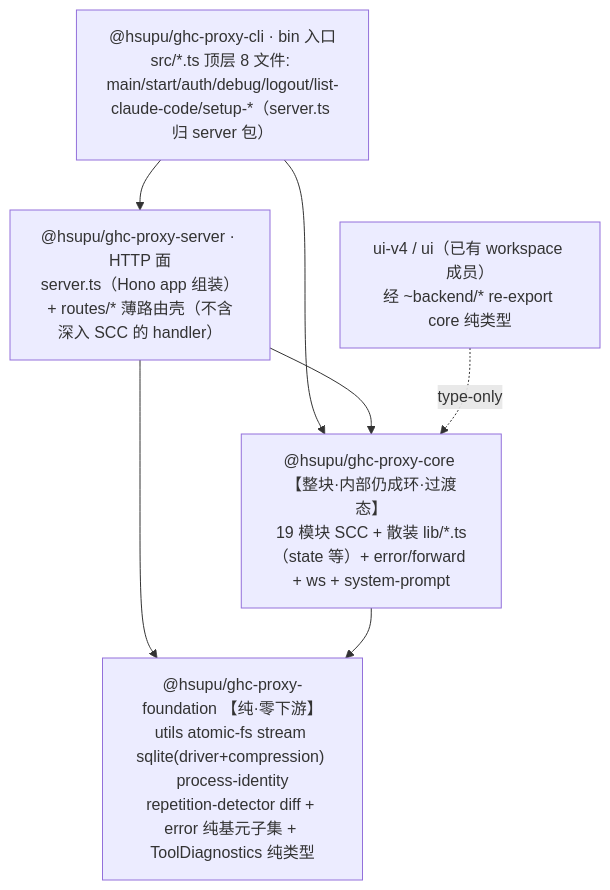
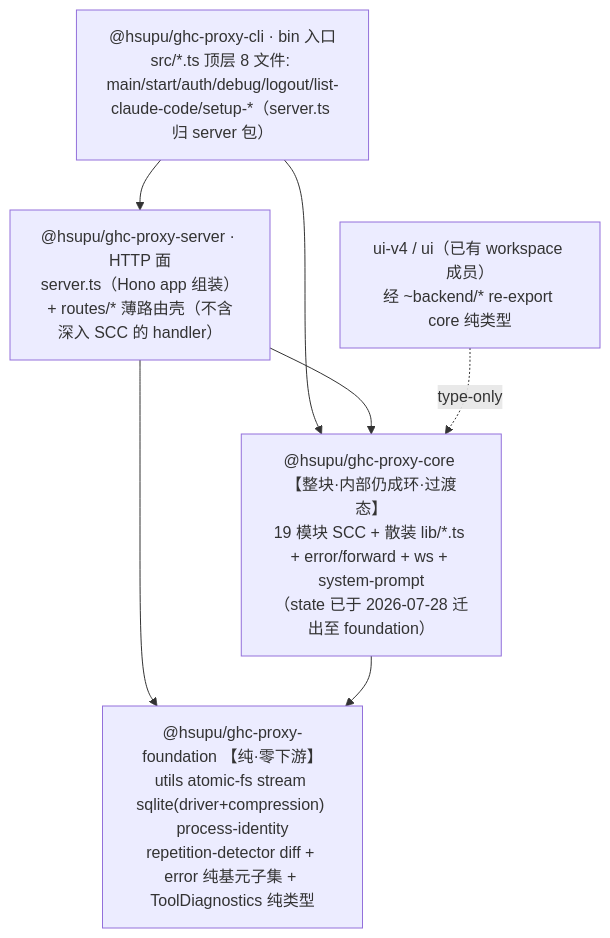
One commit to puxu-msft/copilot-api-js changed the diagram in docs/spec/2026-07-22-monorepo-workspace-split.md. Above: the diagram before and after it, drawn with Mermaid. The commit also changed other lines of this file and 5 other files, not shown here.

````diff
--- a/docs/spec/2026-07-22-monorepo-workspace-split.md
+++ b/docs/spec/2026-07-22-monorepo-workspace-split.md
@@ -50,15 +52,15 @@
 ```mermaid
 graph TD
     cli["@hsupu/ghc-proxy-cli · bin 入口<br/>src/*.ts 顶层 8 文件: main/start/auth/debug/logout/list-claude-code/setup-*（server.ts 归 server 包）"]
     server["@hsupu/ghc-proxy-server · HTTP 面<br/>server.ts（Hono app 组装）+ routes/* 薄路由壳（不含深入 SCC 的 handler）"]
-    core["@hsupu/ghc-proxy-core 【整块·内部仍成环·过渡态】<br/>19 模块 SCC + 散装 lib/*.ts（state 等）+ error/forward + ws + system-prompt"]
+    core["@hsupu/ghc-proxy-core 【整块·内部仍成环·过渡态】<br/>19 模块 SCC + 散装 lib/*.ts + error/forward + ws + system-prompt<br/>（state 已于 2026-07-28 迁出至 foundation）"]
     foundation["@hsupu/ghc-proxy-foundation 【纯·零下游】<br/>utils atomic-fs stream sqlite(driver+compression) process-identity<br/>repetition-detector diff + error 纯基元子集 + ToolDiagnostics 纯类型"]
     uiv4["ui-v4 / ui（已有 workspace 成员）<br/>经 ~backend/* re-export core 纯类型"]
 
     cli --> server
     cli --> core
     server --> core
     server --> foundation
     core --> foundation
     uiv4 -. type-only .-> core
 ```
````
